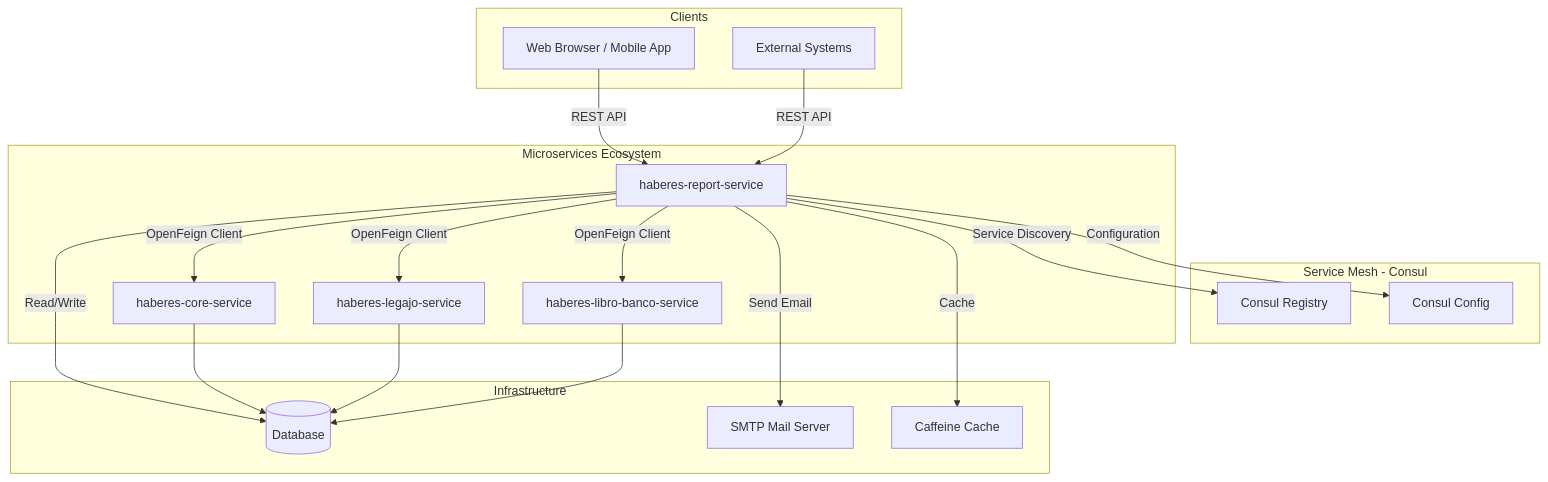
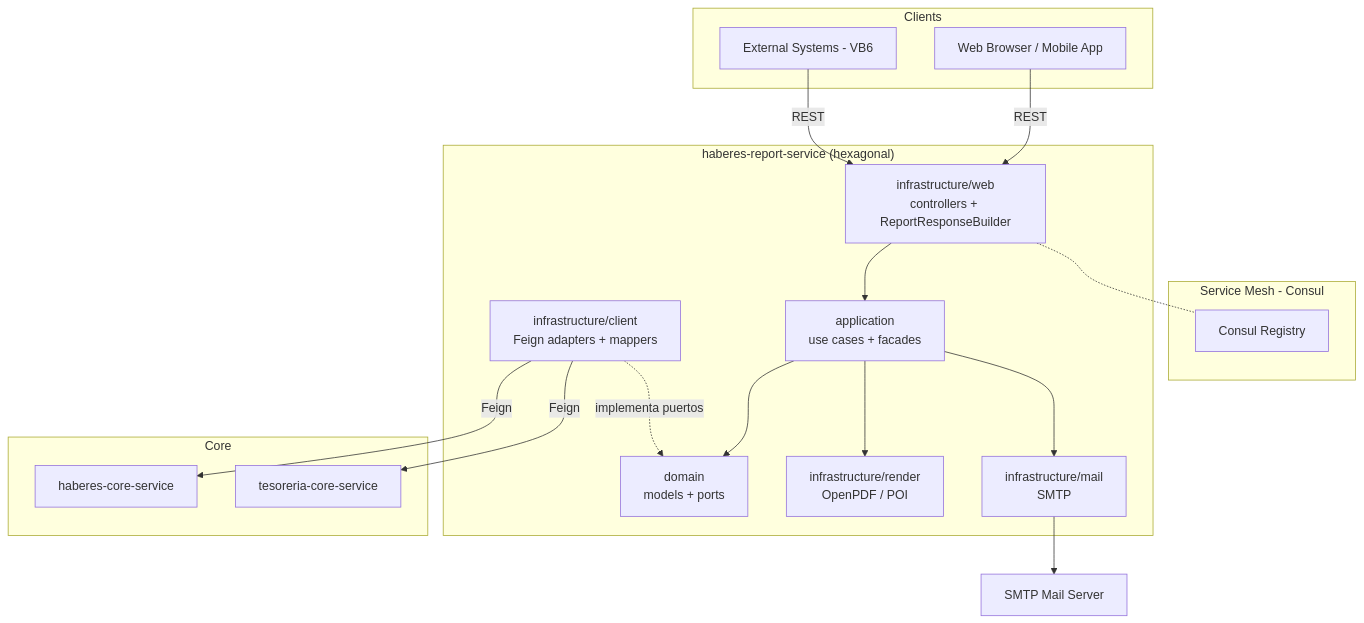
Before and after one commit to UM-services/UM.haberes.report-service: the diagram in docs/diagrams/arquitectura-general.mmd, drawn with Mermaid. The commit also changed 613 other files, not shown here.

```diff
--- a/docs/diagrams/arquitectura-general.mmd
+++ b/docs/diagrams/arquitectura-general.mmd
@@ -1,37 +1,37 @@
 graph TD
     subgraph "Clients"
         A[Web Browser / Mobile App]
-        B[External Systems]
+        B[External Systems - VB6]
     end
 
     subgraph "Service Mesh - Consul"
         C[Consul Registry]
-        D[Consul Config]
     end
 
-    subgraph "Microservices Ecosystem"
-        E[haberes-report-service]
-        F[haberes-core-service]
-        G[haberes-legajo-service]
-        H[haberes-libro-banco-service]
+    subgraph "haberes-report-service (hexagonal)"
+        WEB[infrastructure/web<br/>controllers + ReportResponseBuilder]
+        APP[application<br/>use cases + facades]
+        DOM[domain<br/>models + ports]
+        ACL[infrastructure/client<br/>Feign adapters + mappers]
+        REN[infrastructure/render<br/>OpenPDF / POI]
+        MAIL[infrastructure/mail<br/>SMTP]
     end
 
-    subgraph "Infrastructure"
-        I[(Database)]
-        J[SMTP Mail Server]
-        K[Caffeine Cache]
+    subgraph "Core"
+        F[haberes-core-service]
+        T[tesoreria-core-service]
     end
 
-    A -->|REST API| E
-    B -->|REST API| E
-    E -->|Service Discovery| C
-    E -->|Configuration| D
-    E -->|OpenFeign Client| F
-    E -->|OpenFeign Client| G
-    E -->|OpenFeign Client| H
-    E -->|Read/Write| I
-    E -->|Send Email| J
-    E -->|Cache| K
-    F --> I
-    G --> I
-    H --> I
+    J[SMTP Mail Server]
+
+    A -->|REST| WEB
+    B -->|REST| WEB
+    WEB --> APP
+    APP --> DOM
+    APP --> REN
+    APP --> MAIL
+    ACL -.implementa puertos.-> DOM
+    ACL -->|Feign| F
+    ACL -->|Feign| T
+    MAIL --> J
+    WEB -.- C
```
